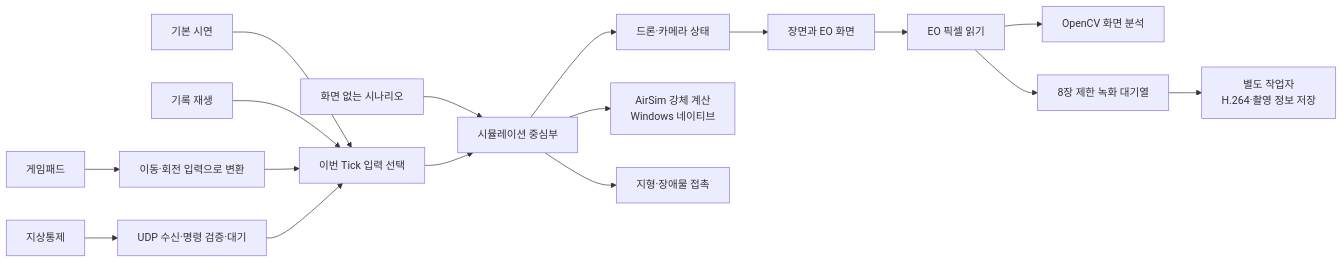
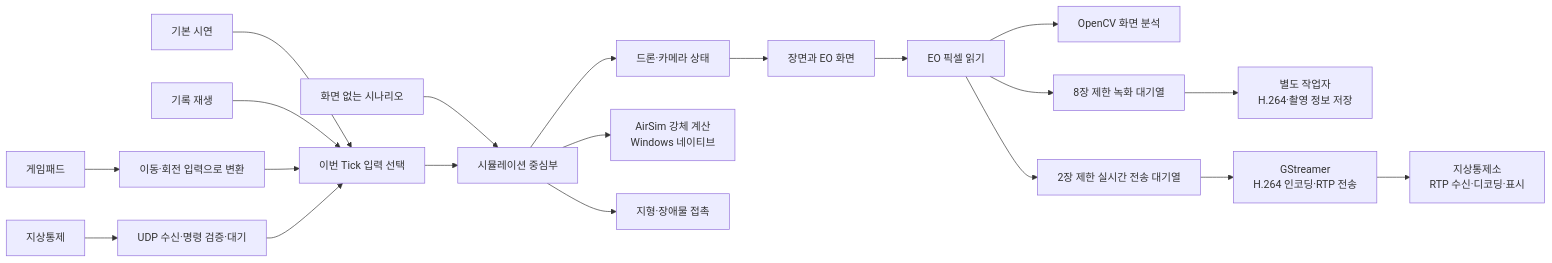
One commit to cgantro/DroneSim changed the first of 3 diagrams in docs/public/기술검토.md. Above: the diagram before and after it, drawn with Mermaid. The commit also changed other lines of this file and 3 other files, not shown here.

````diff
--- a/docs/public/기술검토.md
+++ b/docs/public/기술검토.md
@@ -30,19 +30,22 @@
 ```mermaid
 flowchart LR
     Gamepad[게임패드] --> Map[이동·회전 입력으로 변환]
     GCS[지상통제] --> UDP[UDP 수신·명령 검증·대기]
     Demo[기본 시연] --> Select[이번 Tick 입력 선택]
     Replay[기록 재생] --> Select
     Map --> Select
     UDP --> Select
     Scenario[화면 없는 시나리오] --> Core[시뮬레이션 중심부]
     Select --> Core
     Core --> State[드론·카메라 상태]
     Core --> AirSim[AirSim 강체 계산<br/>Windows 네이티브]
     Core --> Terrain[지형·장애물 접촉]
     State --> Render[장면과 EO 화면]
     Render --> Readback[EO 픽셀 읽기]
     Readback --> Vision[OpenCV 화면 분석]
     Readback --> Queue[8장 제한 녹화 대기열]
     Queue --> Encoder[별도 작업자<br/>H.264·촬영 정보 저장]
+    Readback --> RtpQueue[2장 제한 실시간 전송 대기열]
+    RtpQueue --> RtpEncoder[GStreamer<br/>H.264 인코딩·RTP 전송]
+    RtpEncoder --> GroundReceiver[지상통제소<br/>RTP 수신·디코딩·표시]
 ```
````
